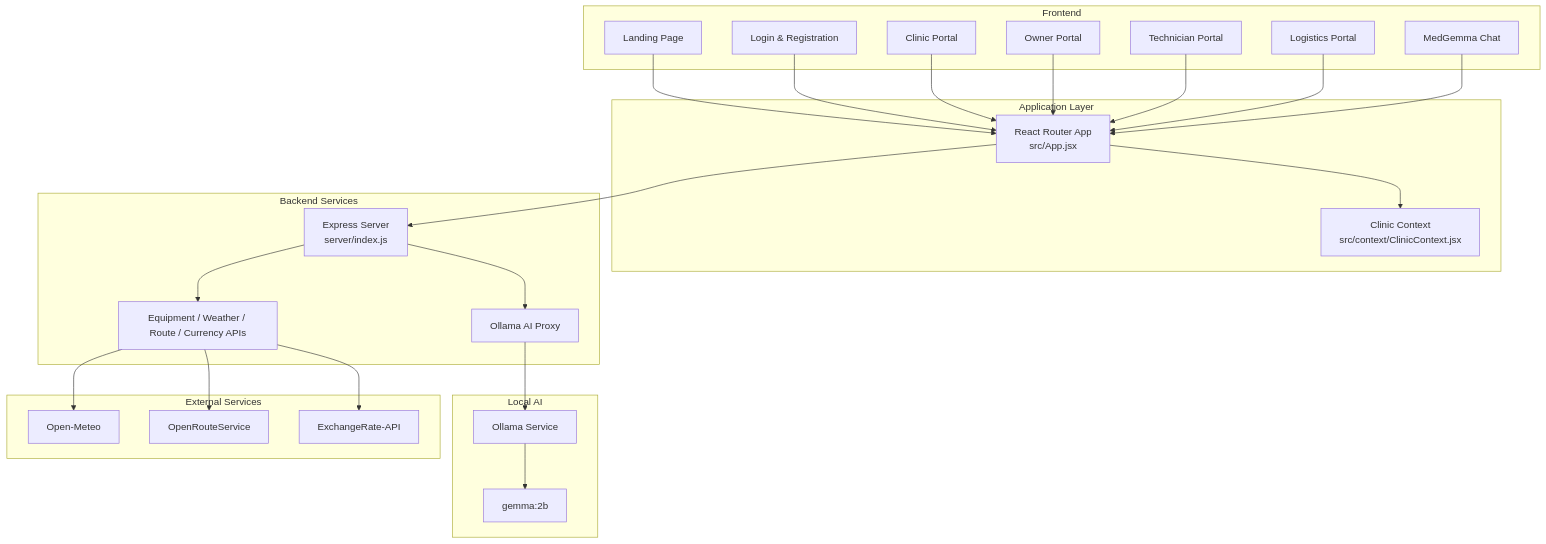
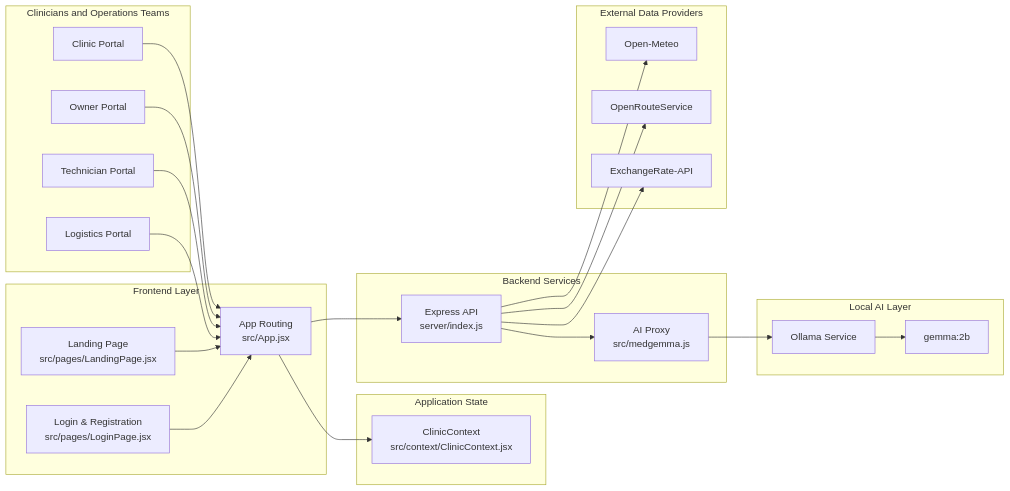
One commit to Jasmine0987/ResourceRX changed the first of 4 diagrams in README.md. Above: the diagram before and after it, drawn with Mermaid. The commit also changed other lines of this file, not shown here.

Commit message:
Expand README with additional Mermaid architecture diagrams and clearer project documentation

````diff
--- a/README.md
+++ b/README.md
@@ -38,67 +32,57 @@
 ```mermaid
-flowchart TB
-    subgraph Frontend[Frontend]
-        Landing[Landing Page]
-        Login[Login & Registration]
-        ClinicUI[Clinic Portal]
-        OwnerUI[Owner Portal]
-        TechUI[Technician Portal]
-        LogisticsUI[Logistics Portal]
-        AIChat[MedGemma Chat]
+flowchart LR
+    subgraph Users[Clinicians and Operations Teams]
+        Clinic[Clinic Portal]
+        Owner[Owner Portal]
+        Tech[Technician Portal]
+        Logistics[Logistics Portal]
     end
 
-    subgraph App[Application Layer]
-        Router[React Router App
-src/App.jsx]
-        Context[Clinic Context
-src/context/ClinicContext.jsx]
+    subgraph Frontend[Frontend Layer]
+        Landing[Landing Page\nsrc/pages/LandingPage.jsx]
+        Login[Login & Registration\nsrc/pages/LoginPage.jsx]
+        Router[App Routing\nsrc/App.jsx]
+    end
+
+    subgraph State[Application State]
+        Context[ClinicContext\nsrc/context/ClinicContext.jsx]
     end
 
     subgraph Backend[Backend Services]
-        Server[Express Server
-server/index.js]
-        AIProxy[Ollama AI Proxy]
-        API[Equipment / Weather / Route / Currency APIs]
+        Server[Express API\nserver/index.js]
+        AI[AI Proxy\nsrc/medgemma.js]
     end
 
-    subgraph AI[Local AI]
+    subgraph LocalAI[Local AI Layer]
         Ollama[Ollama Service]
         Model[gemma:2b]
     end
 
-    subgraph External[External Services]
+    subgraph External[External Data Providers]
         Weather[Open-Meteo]
-        Route[OpenRouteService]
-        Currency[ExchangeRate-API]
+        Routes[OpenRouteService]
+        FX[ExchangeRate-API]
     end
 
+    Clinic --> Router
+    Owner --> Router
+    Tech --> Router
+    Logistics --> Router
     Landing --> Router
     Login --> Router
-    ClinicUI --> Router
-    OwnerUI --> Router
-    TechUI --> Router
-    LogisticsUI --> Router
-    AIChat --> Router
-
     Router --> Context
     Router --> Server
-    Server --> AIProxy
-    Server --> API
-    AIProxy --> Ollama
+    Server --> AI
+    AI --> Ollama
     Ollama --> Model
-    API --> Weather
-    API --> Route
-    API --> Currency
+    Server --> Weather
+    Server --> Routes
+    Server --> FX
 
     click Landing "https://github.com/Jasmine0987/ResourceRX/blob/main/src/pages/LandingPage.jsx"
     click Login "https://github.com/Jasmine0987/ResourceRX/blob/main/src/pages/LoginPage.jsx"
-    click ClinicUI "https://github.com/Jasmine0987/ResourceRX/tree/main/src/pages/Clinic"
-    click OwnerUI "https://github.com/Jasmine0987/ResourceRX/tree/main/src/pages/Owner"
-    click TechUI "https://github.com/Jasmine0987/ResourceRX/tree/main/src/pages/Technician"
-    click LogisticsUI "https://github.com/Jasmine0987/ResourceRX/tree/main/src/pages/Logistics"
-    click AIChat "https://github.com/Jasmine0987/ResourceRX/blob/main/src/components/MedGemmaChat.jsx"
     click Router "https://github.com/Jasmine0987/ResourceRX/blob/main/src/App.jsx"
     click Context "https://github.com/Jasmine0987/ResourceRX/blob/main/src/context/ClinicContext.jsx"
     click Server "https://github.com/Jasmine0987/ResourceRX/blob/main/server/index.js"
-    click AIProxy "https://github.com/Jasmine0987/ResourceRX/blob/main/src/medgemma.js"
+    click AI "https://github.com/Jasmine0987/ResourceRX/blob/main/src/medgemma.js"
 ```
````
